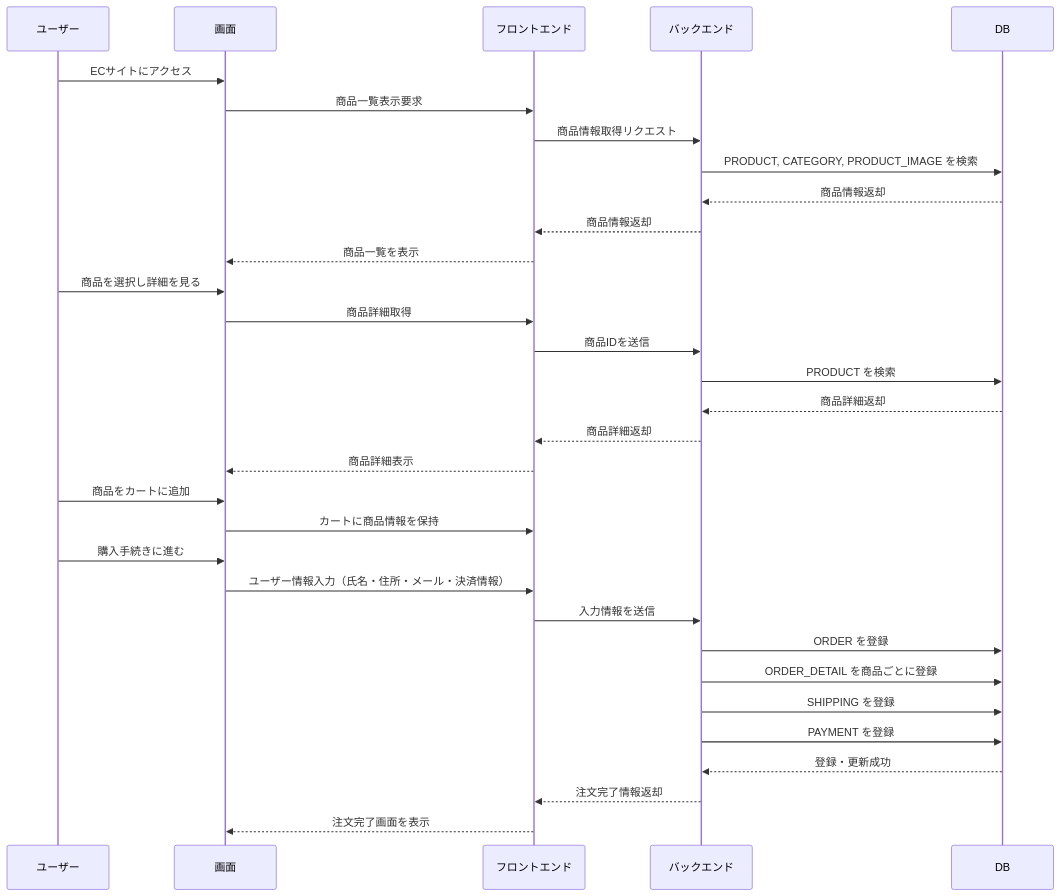
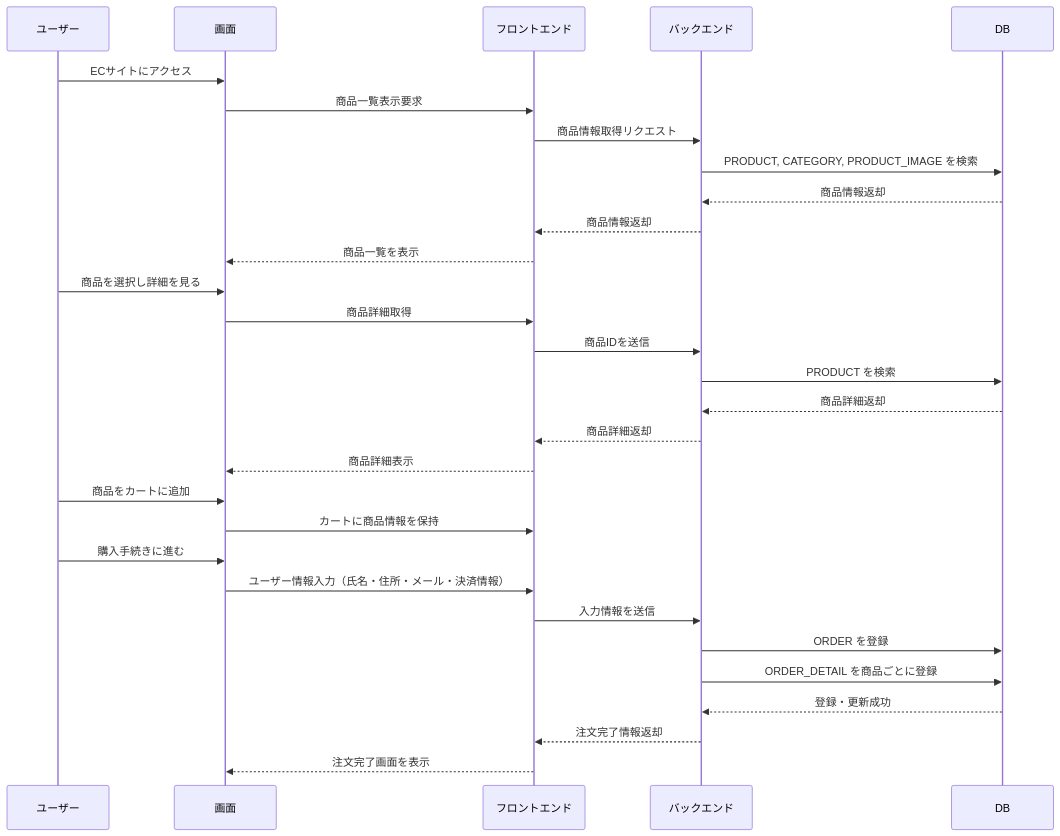
One commit to YUKlT0/Equipe changed the second of 5 diagrams in 基本設計/D.md. Above: the diagram before and after it, drawn with Mermaid. The commit also changed other lines of this file, not shown here.

```diff
--- a/基本設計/D.md
+++ b/基本設計/D.md
@@ -179,40 +137,38 @@
 <div class="mermaid">
 sequenceDiagram
     participant ユーザー
     participant 画面
     participant フロントエンド
     participant バックエンド
     participant DB
 
     ユーザー->>画面: ECサイトにアクセス
     画面->>フロントエンド: 商品一覧表示要求
     フロントエンド->>バックエンド: 商品情報取得リクエスト
     バックエンド->>DB: PRODUCT, CATEGORY, PRODUCT_IMAGE を検索
     DB-->>バックエンド: 商品情報返却
     バックエンド-->>フロントエンド: 商品情報返却
     フロントエンド-->>画面: 商品一覧を表示
 
     ユーザー->>画面: 商品を選択し詳細を見る
     画面->>フロントエンド: 商品詳細取得
     フロントエンド->>バックエンド: 商品IDを送信
     バックエンド->>DB: PRODUCT を検索
     DB-->>バックエンド: 商品詳細返却
     バックエンド-->>フロントエンド: 商品詳細返却
     フロントエンド-->>画面: 商品詳細表示
 
     ユーザー->>画面: 商品をカートに追加
     画面->>フロントエンド: カートに商品情報を保持
 
     ユーザー->>画面: 購入手続きに進む
     画面->>フロントエンド: ユーザー情報入力（氏名・住所・メール・決済情報）
     フロントエンド->>バックエンド: 入力情報を送信
 
     バックエンド->>DB: ORDER を登録
     バックエンド->>DB: ORDER_DETAIL を商品ごとに登録
-    バックエンド->>DB: SHIPPING を登録
-    バックエンド->>DB: PAYMENT を登録
 
     DB-->>バックエンド: 登録・更新成功
     バックエンド-->>フロントエンド: 注文完了情報返却
     フロントエンド-->>画面: 注文完了画面を表示
 </div>
```
